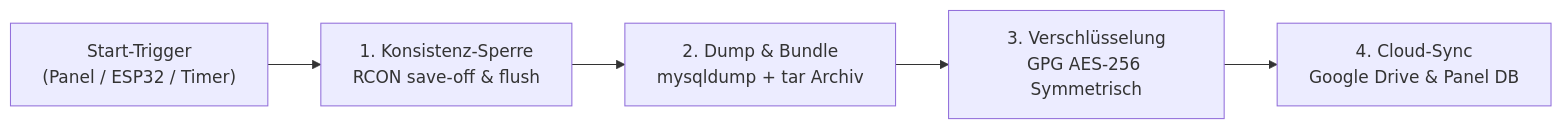
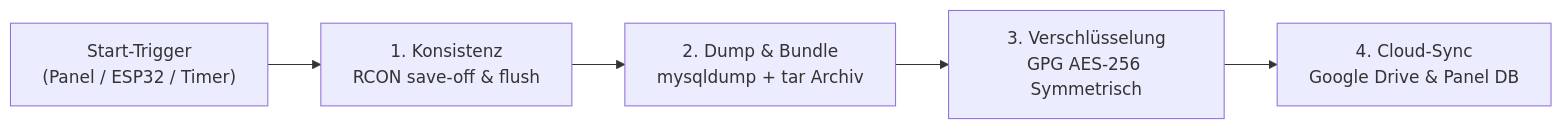
Before and after one commit to PrIyme2/minecraft-iot-server: the diagram in docs/BACKUP_PIPELINE.md, drawn with Mermaid. The commit also changed other lines of this file and 10 other files, not shown here.

````diff
--- a/docs/BACKUP_PIPELINE.md
+++ b/docs/BACKUP_PIPELINE.md
@@ -11,14 +9,14 @@
 ```mermaid
 graph LR
-    Trigger["Start-Trigger<br/>(Panel / ESP32 / Timer)"] --> Step1["1. Konsistenz-Sperre<br/>RCON save-off & flush"]
+    Trigger["Start-Trigger<br/>(Panel / ESP32 / Timer)"] --> Step1["1. Konsistenz<br/>RCON save-off & flush"]
     Step1 --> Step2["2. Dump & Bundle<br/>mysqldump + tar Archiv"]
     Step2 --> Step3["3. Verschlüsselung<br/>GPG AES-256 Symmetrisch"]
     Step3 --> Step4["4. Cloud-Sync<br/>Google Drive & Panel DB"]
 
-    %% Clickable Links zur Implementierung
-    click Trigger href "../backend-bridge/mc-control-service.py" "Trigger Endpunkte in mc-control-service.py"
+    %% Clickable Links
+    click Trigger href "../backend-bridge/mc-control-service.py" "Trigger Endpunkte"
     click Step1 href "../backup-pipeline/backup.sh" "RCON Save-Lock in backup.sh"
     click Step2 href "../backup-pipeline/backup.sh" "mysqldump und tar in backup.sh"
     click Step3 href "../backup-pipeline/backup.sh" "GPG Verschlüsselung in backup.sh"
-    click Step4 href "../backup-pipeline/sync_gdrive_backups.py" "Google Drive Sync Engine in sync_gdrive_backups.py"
+    click Step4 href "../backup-pipeline/sync_gdrive_backups.py" "Google Drive Sync Engine"
 ```
````
